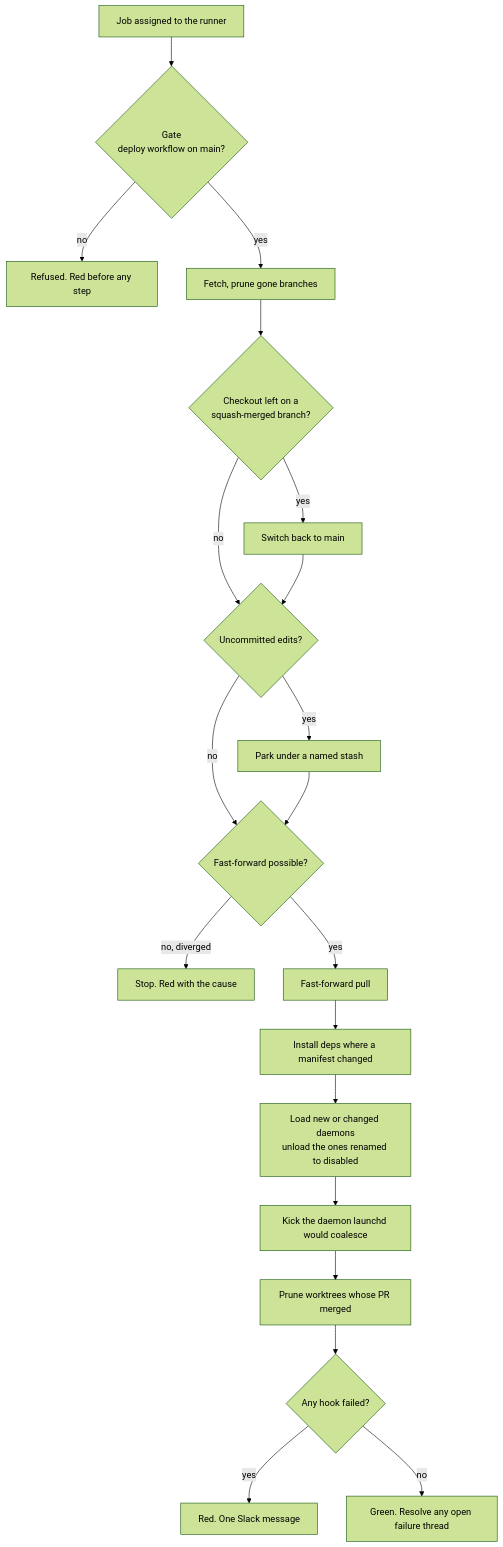
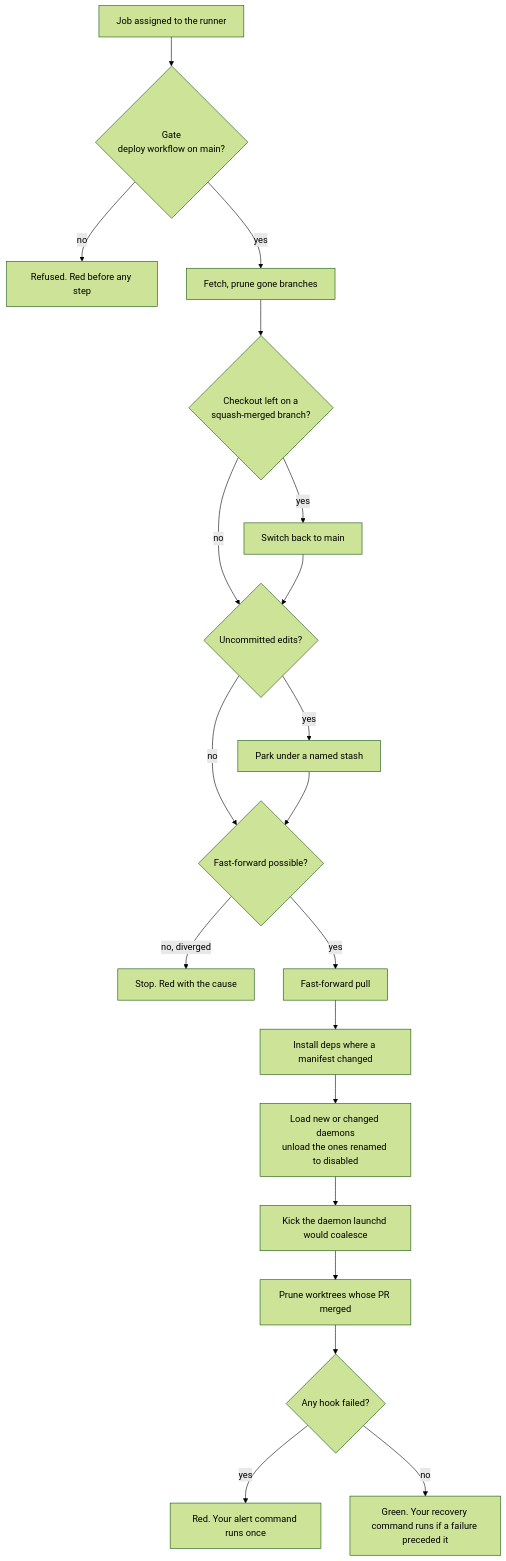
The second of 2 diagrams in README.md (oficiallyAkshay/gangplank), drawn with Mermaid (forest theme) before and after one commit. The commit also changed other lines of this file and 1 other file, not shown here.

Commit message:
Alerting is a command you name, not Slack

````diff
--- a/README.md
+++ b/README.md
@@ -53,22 +53,22 @@
 ```mermaid
 flowchart TD
   A[Job assigned to the runner] --> B{Gate<br/>deploy workflow on main?}
   B -- no --> B1[Refused. Red before any step]
   B -- yes --> C[Fetch, prune gone branches]
   C --> D{Checkout left on a<br/>squash-merged branch?}
   D -- yes --> D1[Switch back to main]
   D -- no --> E
   D1 --> E{Uncommitted edits?}
   E -- yes --> E1[Park under a named stash]
   E -- no --> F
   E1 --> F{Fast-forward possible?}
   F -- no, diverged --> F1[Stop. Red with the cause]
   F -- yes --> G[Fast-forward pull]
   G --> H[Install deps where a manifest changed]
   H --> I[Load new or changed daemons<br/>unload the ones renamed to disabled]
   I --> J[Kick the daemon launchd would coalesce]
   J --> K[Prune worktrees whose PR merged]
   K --> L{Any hook failed?}
-  L -- yes --> L1[Red. One Slack message]
-  L -- no --> M[Green. Resolve any open failure thread]
+  L -- yes --> L1[Red. Your alert command runs once]
+  L -- no --> M[Green. Your recovery command runs if a failure preceded it]
 ```
````
